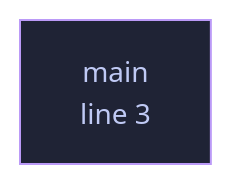
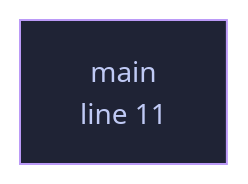
One commit to tilas01/veilvoice changed the diagram in docs/files/veilvoice-watch/examples-scan_once.md. Above: the diagram before and after it, drawn with Mermaid. The commit also changed other lines of this file and 487 other files, not shown here.

````diff
--- a/docs/files/veilvoice-watch/examples-scan_once.md
+++ b/docs/files/veilvoice-watch/examples-scan_once.md
@@ -45,8 +54,8 @@
 ```mermaid
 %%{init: {"theme":"base","themeVariables":{"background":"#1a1b26","primaryColor":"#1f2335","primaryTextColor":"#c0caf5","primaryBorderColor":"#7aa2f7","secondaryColor":"#16161e","tertiaryColor":"#16161e","lineColor":"#737aa2","textColor":"#c0caf5","mainBkg":"#1f2335","nodeBorder":"#7aa2f7","clusterBkg":"#16161e","clusterBorder":"#2f3549","fontFamily":"ui-monospace, SFMono-Regular, Consolas, monospace","fontSize":"14px"}}}%%
 flowchart TD
-    n_main["main<br/>line 3"]
-    click n_main href "https://github.com/tilas01/veilvoice/blob/main/crates/veilvoice-watch/examples/scan_once.rs#L3" "open the source"
+    n_main["main<br/>line 11"]
+    click n_main href "https://github.com/tilas01/veilvoice/blob/main/crates/veilvoice-watch/examples/scan_once.rs#L11" "open the source"
     classDef helper fill:#1f2335,stroke:#bb9af7,color:#c0caf5
     class n_main helper
 ```
````
